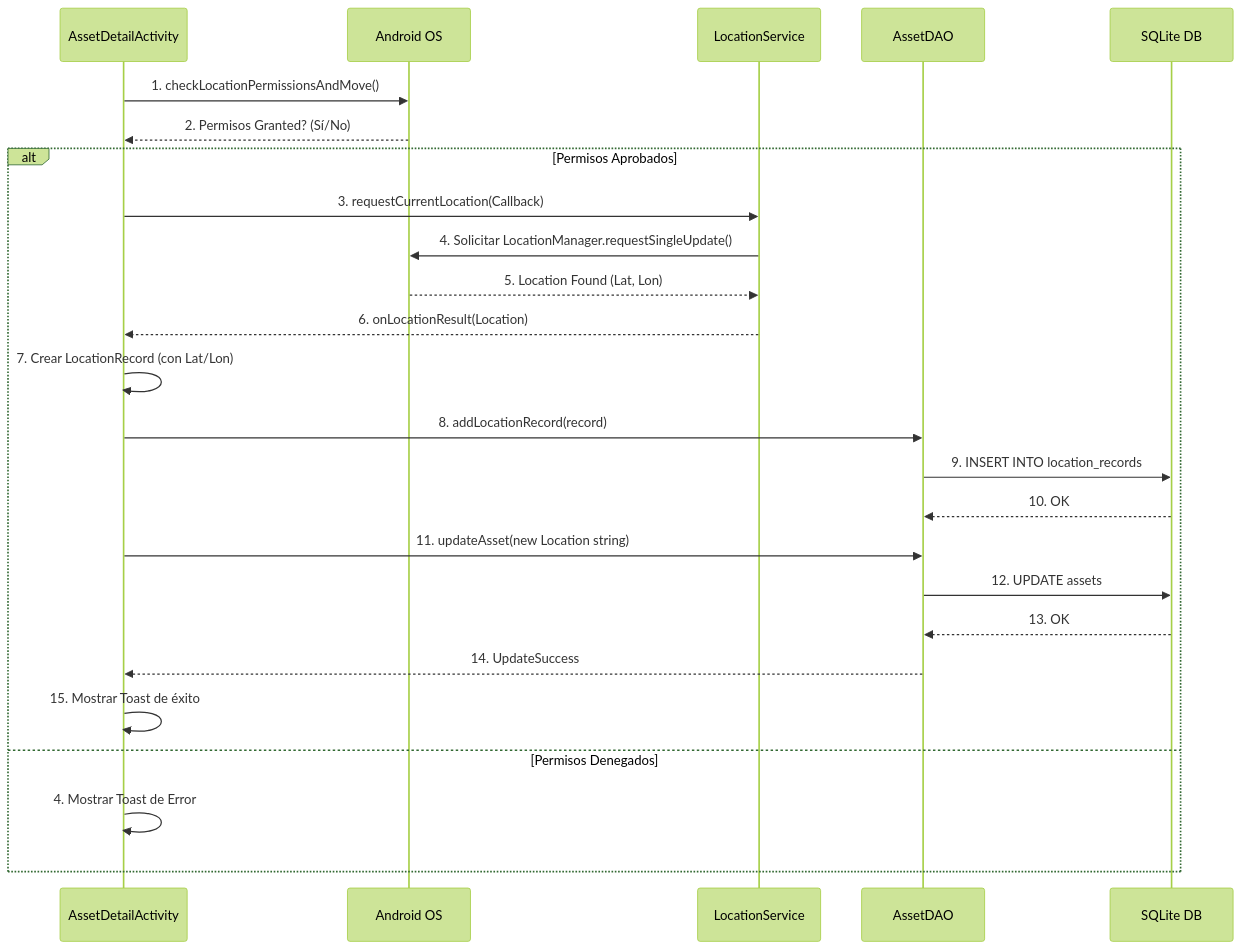
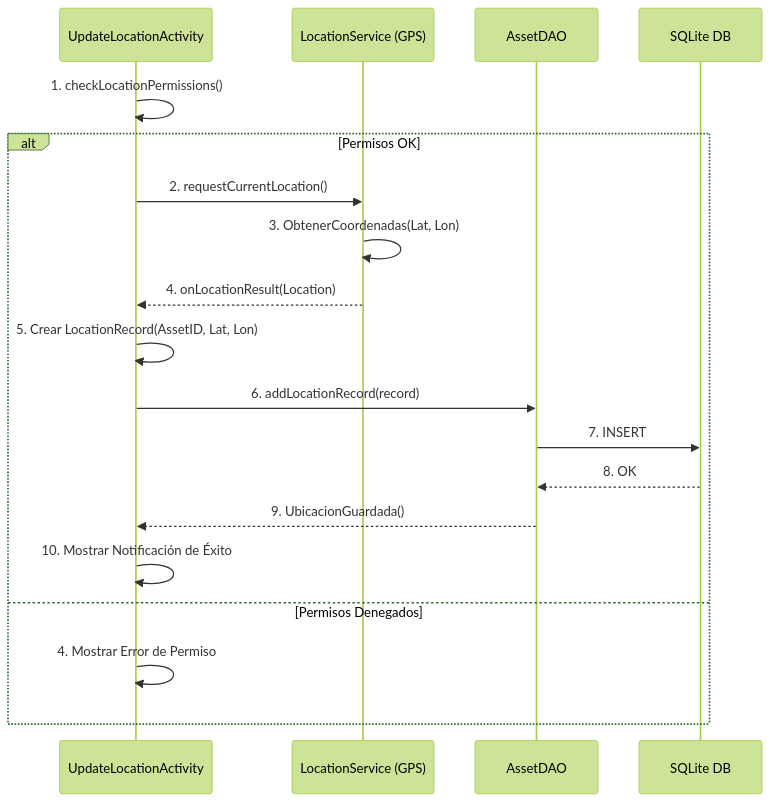
The second of 2 diagrams in README.md (BenjaminPizarro/AppdeGestiondeQR), drawn with Mermaid (forest theme) before and after one commit. The commit also changed other lines of this file, not shown here.

````diff
--- a/README.md
+++ b/README.md
@@ -126,31 +107,22 @@
 ```mermaid
 sequenceDiagram
-    participant UI as AssetDetailActivity
-    participant OS as Android OS
-    participant LS as LocationService
+    participant UI as UpdateLocationActivity
+    participant LS as LocationService (GPS)
     participant DAO as AssetDAO
     participant DB as SQLite DB
 
-    UI->>OS: 1. checkLocationPermissionsAndMove()
-    OS-->>UI: 2. Permisos Granted? (Sí/No)
-    
-    alt Permisos Aprobados
-        UI->>LS: 3. requestCurrentLocation(Callback)
-        LS->>OS: 4. Solicitar LocationManager.requestSingleUpdate()
-        OS-->>LS: 5. Location Found (Lat, Lon)
-        LS-->>UI: 6. onLocationResult(Location)
-        
-        UI->>UI: 7. Crear LocationRecord (con Lat/Lon)
-        UI->>DAO: 8. addLocationRecord(record)
-        DAO->>DB: 9. INSERT INTO location_records
-        DB-->>DAO: 10. OK
-        
-        UI->>DAO: 11. updateAsset(new Location string)
-        DAO->>DB: 12. UPDATE assets
-        DB-->>DAO: 13. OK
-        DAO-->>UI: 14. UpdateSuccess
-        UI->>UI: 15. Mostrar Toast de éxito
+    UI->>UI: 1. checkLocationPermissions()
+    alt Permisos OK
+        UI->>LS: 2. requestCurrentLocation()
+        LS->>LS: 3. ObtenerCoordenadas(Lat, Lon)
+        LS-->>UI: 4. onLocationResult(Location)
+        UI->>UI: 5. Crear LocationRecord(AssetID, Lat, Lon)
+        UI->>DAO: 6. addLocationRecord(record)
+        DAO->>DB: 7. INSERT
+        DB-->>DAO: 8. OK
+        DAO-->>UI: 9. UbicacionGuardada()
+        UI->>UI: 10. Mostrar Notificación de Éxito
     else Permisos Denegados
-        UI->>UI: 4. Mostrar Toast de Error
+        UI->>UI: 4. Mostrar Error de Permiso
     end
 ```
````
